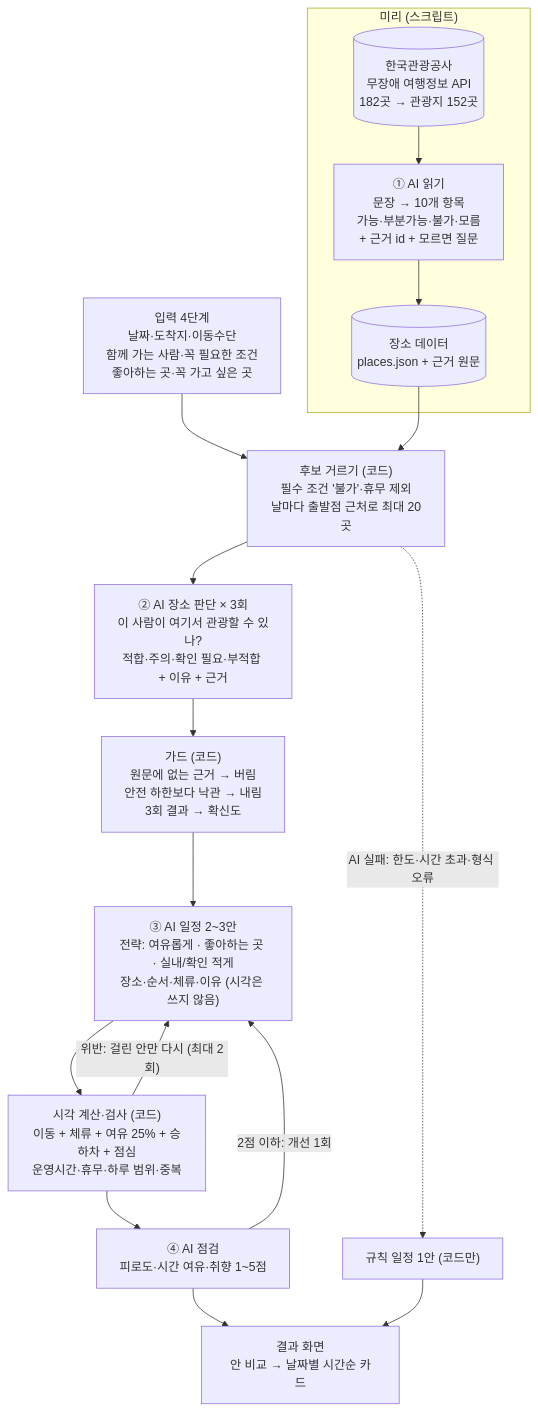
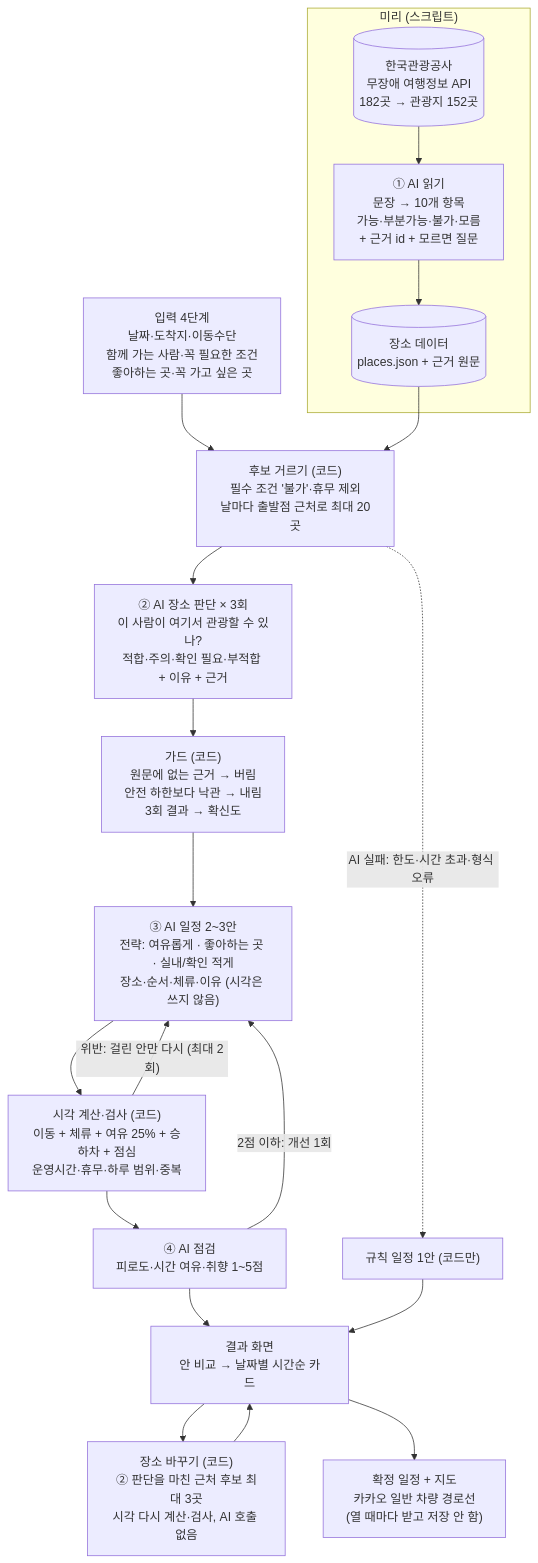
The diagram in README.md (ieumgil/ieumgil-ai), drawn with Mermaid before and after one commit. The commit also changed other lines of this file and 16 other files, not shown here.

````diff
--- a/README.md
+++ b/README.md
@@ -53,22 +61,25 @@
 ```mermaid
 flowchart TB
     subgraph PRE["미리 (스크립트)"]
         D[("한국관광공사<br/>무장애 여행정보 API<br/>182곳 → 관광지 152곳")] --> R1["① AI 읽기<br/>문장 → 10개 항목<br/>가능·부분가능·불가·모름<br/>+ 근거 id + 모르면 질문"]
         R1 --> P[("장소 데이터<br/>places.json + 근거 원문")]
     end
 
     A["입력 4단계<br/>날짜·도착지·이동수단<br/>함께 가는 사람·꼭 필요한 조건<br/>좋아하는 곳·꼭 가고 싶은 곳"] --> F
     P --> F["후보 거르기 (코드)<br/>필수 조건 '불가'·휴무 제외<br/>날마다 출발점 근처로 최대 20곳"]
 
     F --> J["② AI 장소 판단 × 3회<br/>이 사람이 여기서 관광할 수 있나?<br/>적합·주의·확인 필요·부적합 + 이유 + 근거"]
     J --> G["가드 (코드)<br/>원문에 없는 근거 → 버림<br/>안전 하한보다 낙관 → 내림<br/>3회 결과 → 확신도"]
     G --> PL["③ AI 일정 2~3안<br/>전략: 여유롭게 · 좋아하는 곳 · 실내/확인 적게<br/>장소·순서·체류·이유 (시각은 쓰지 않음)"]
     PL --> T["시각 계산·검사 (코드)<br/>이동 + 체류 + 여유 25% + 승하차 + 점심<br/>운영시간·휴무·하루 범위·중복"]
     T -->|"위반: 걸린 안만 다시 (최대 2회)"| PL
     T --> RV["④ AI 점검<br/>피로도·시간 여유·취향 1~5점"]
     RV -->|"2점 이하: 개선 1회"| PL
     RV --> S["결과 화면<br/>안 비교 → 날짜별 시간순 카드"]
+    S --> SW["장소 바꾸기 (코드)<br/>② 판단을 마친 근처 후보 최대 3곳<br/>시각 다시 계산·검사, AI 호출 없음"]
+    SW --> S
+    S --> FN["확정 일정 + 지도<br/>카카오 일반 차량 경로선<br/>(열 때마다 받고 저장 안 함)"]
 
     F -.->|"AI 실패: 한도·시간 초과·형식 오류"| FB["규칙 일정 1안 (코드만)"]
     FB --> S
 ```
````
